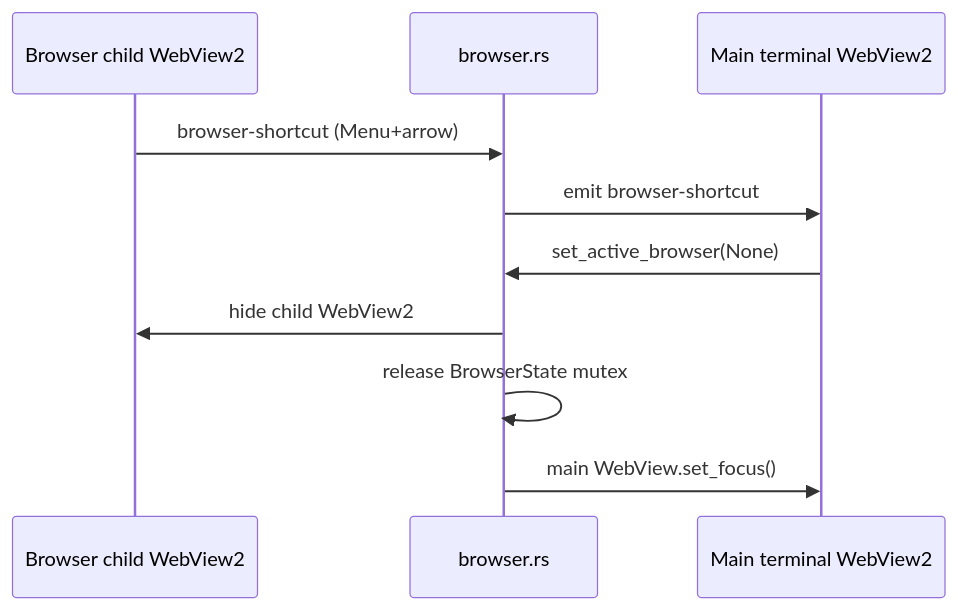
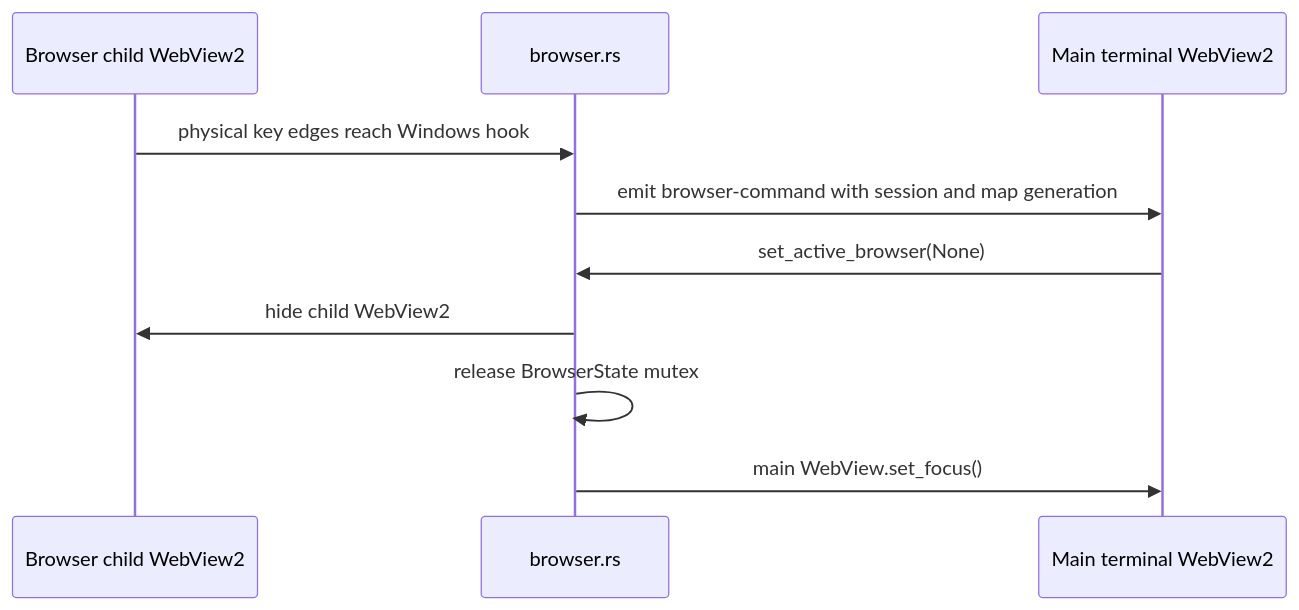
The fourth of 7 diagrams in docs/02-architecture.md (z-hunter/Scanline-Term), drawn with Mermaid before and after one commit. The commit also changed other lines of this file and 36 other files, not shown here.

````diff
--- a/docs/02-architecture.md
+++ b/docs/02-architecture.md
@@ -202,13 +202,13 @@
 ```mermaid
 sequenceDiagram
     participant Browser as Browser child WebView2
     participant Rust as browser.rs
     participant Main as Main terminal WebView2
 
-    Browser->>Rust: browser-shortcut (Menu+arrow)
-    Rust->>Main: emit browser-shortcut
+    Browser->>Rust: physical key edges reach Windows hook
+    Rust->>Main: emit browser-command with session and map generation
     Main->>Rust: set_active_browser(None)
     Rust->>Browser: hide child WebView2
     Rust->>Rust: release BrowserState mutex
     Rust->>Main: main WebView.set_focus()
 ```
````
